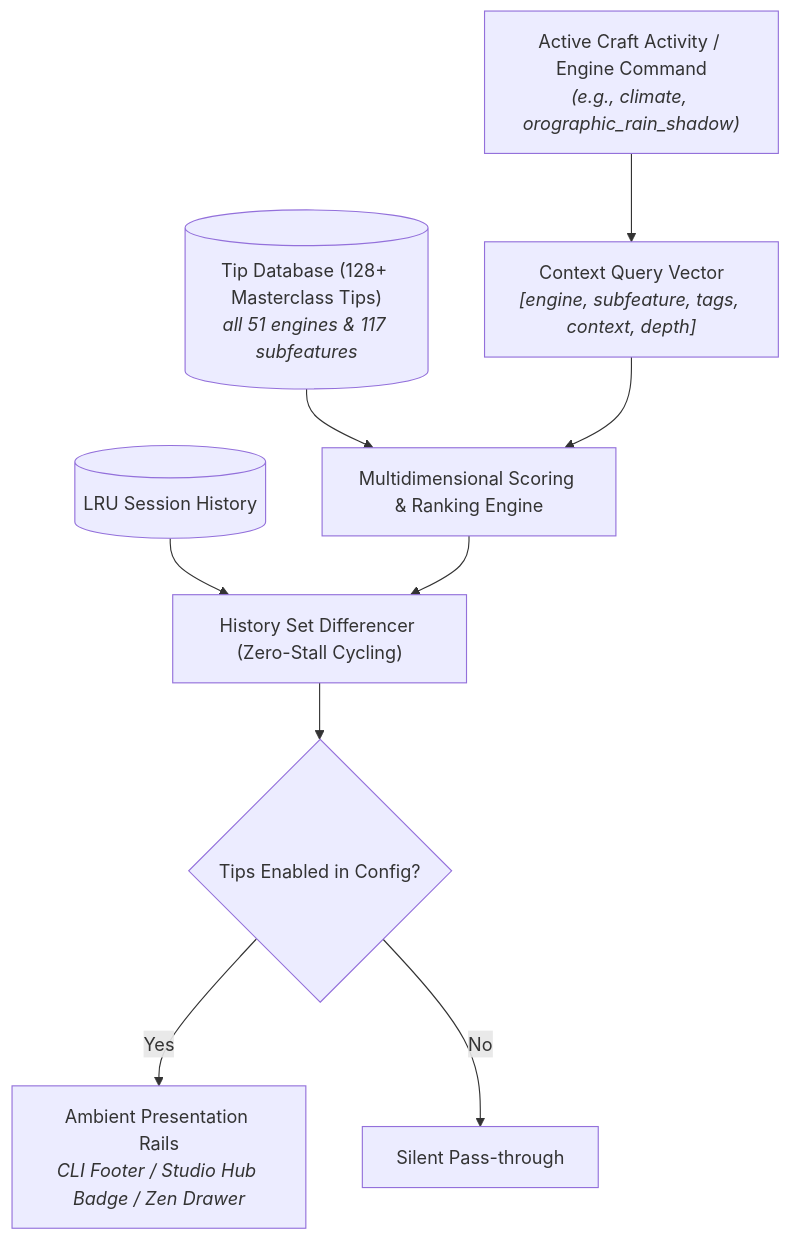
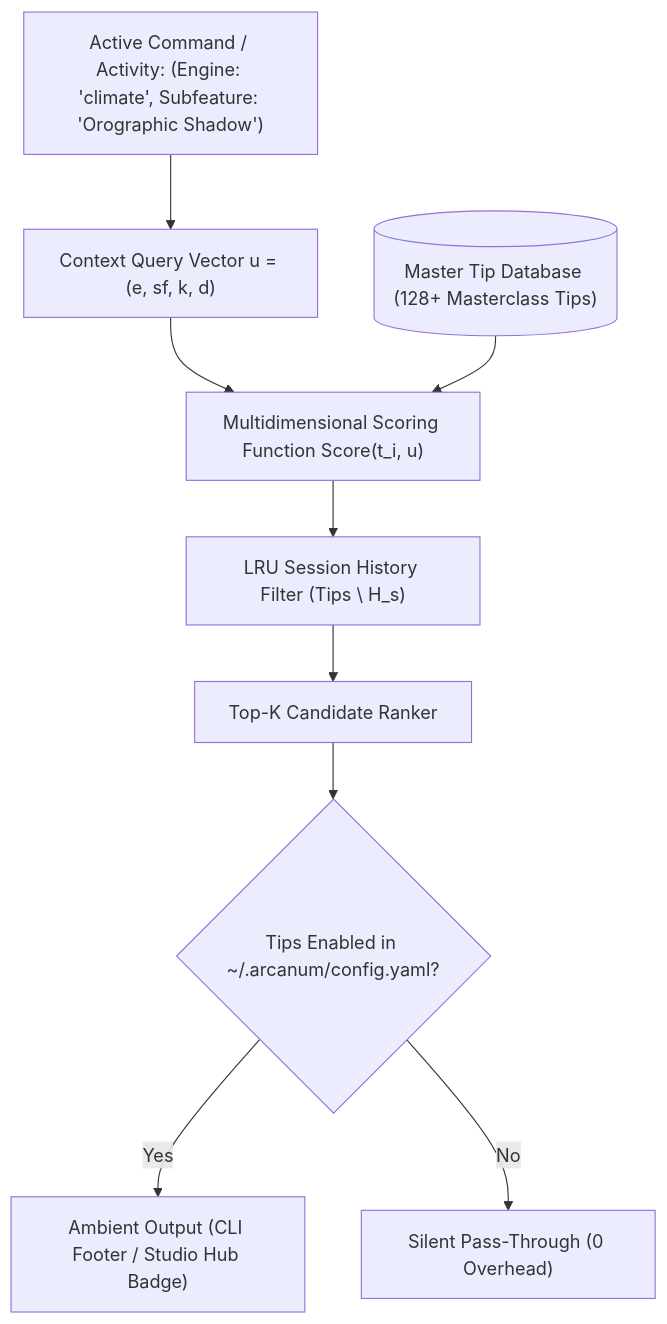
One commit to aryansinghnagar/Ars-Arcanum changed the first of 2 diagrams in docs/TIPS.md. Above: the diagram before and after it, drawn with Mermaid. The commit also changed other lines of this file and 239 other files, not shown here.

First line of the commit message:
feat(v5.0.0): streamline to 47 deterministic engines, zero-pip architecture, and encyclopedic craft references

````diff
--- a/docs/TIPS.md
+++ b/docs/TIPS.md
@@ -25,14 +50,14 @@
 ```mermaid
 flowchart TD
-    Activity["Active Craft Activity / Engine Command<br><i>(e.g., climate, orographic_rain_shadow)</i>"] --> QueryVector["Context Query Vector<br><i>[engine, subfeature, tags, context, depth]</i>"]
+    Activity["Active Command / Activity: (Engine: 'climate', Subfeature: 'Orographic Shadow')"] --> QueryVector["Context Query Vector u = (e, sf, k, d)"]
     
-    Database[("Tip Database (128+ Masterclass Tips)<br><i>all 51 engines & 117 subfeatures</i>")] --> Evaluator["Multidimensional Scoring & Ranking Engine"]
-    QueryVector --> Evaluator
+    QueryVector --> Scorer["Multidimensional Scoring Function Score(t_i, u)"]
+    TipDB[("Master Tip Database (128+ Masterclass Tips)")] --> Scorer
     
-    History[("LRU Session History")] --> Differencer["History Set Differencer (Zero-Stall Cycling)"]
-    Evaluator --> Differencer
+    Scorer --> HistoryFilter["LRU Session History Filter (Tips \ H_s)"]
+    HistoryFilter --> Ranker["Top-K Candidate Ranker"]
     
-    Differencer --> ConfigCheck{"Tips Enabled in Config?"}
-    ConfigCheck -->|Yes| Presentation["Ambient Presentation Rails<br><i>CLI Footer / Studio Hub Badge / Zen Drawer</i>"]
-    ConfigCheck -->|No| Silent["Silent Pass-through"]
+    Ranker --> ConfigCheck{"Tips Enabled in ~/.arcanum/config.yaml?"}
+    ConfigCheck -->|Yes| Output["Ambient Output (CLI Footer / Studio Hub Badge)"]
+    ConfigCheck -->|No| Suppress["Silent Pass-Through (0 Overhead)"]
 ```
````
